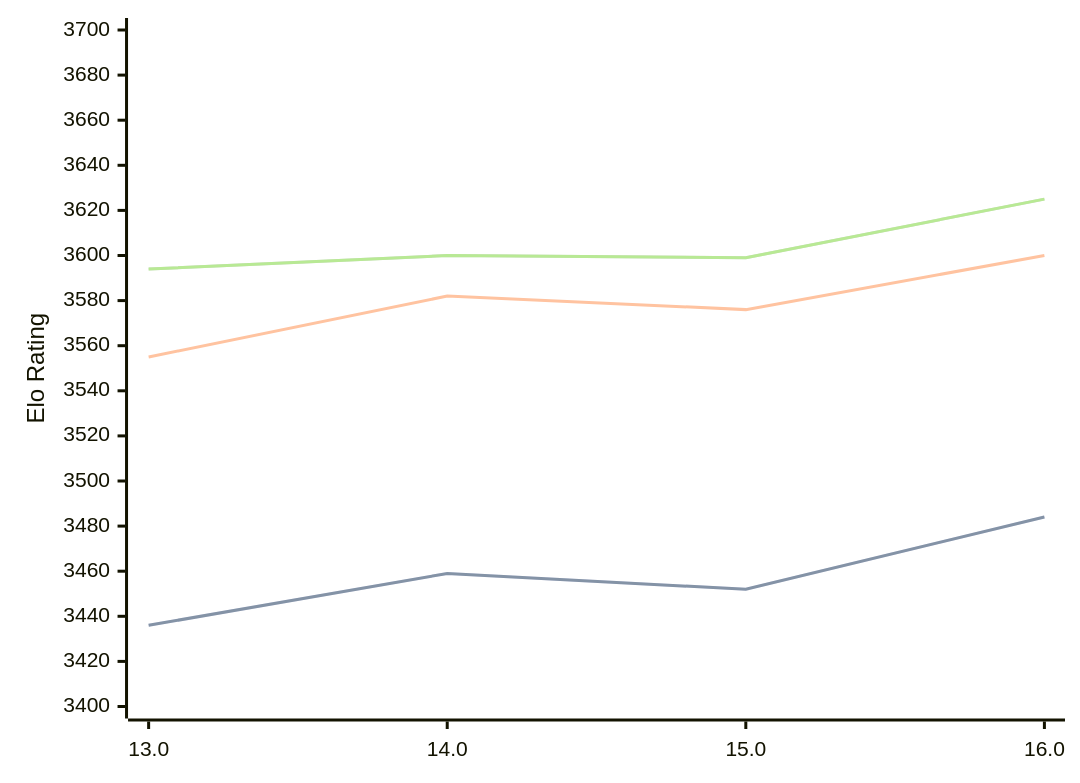
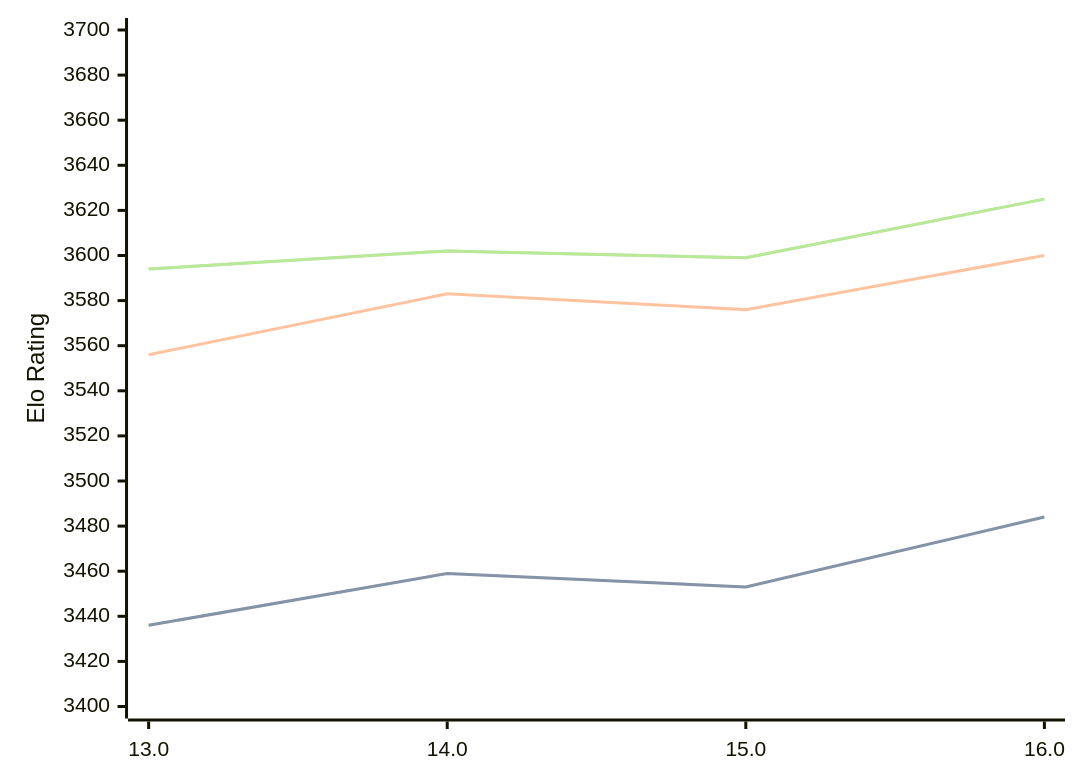
One commit to computer-chess-index/cci changed the diagram in engines/Obsidian.md. Above: the diagram before and after it, drawn with Mermaid. The commit also changed other lines of this file, not shown here.

Commit message:
Update CCI Ratings (ELO VLTC) - 2026-02-26

````diff
--- a/engines/Obsidian.md
+++ b/engines/Obsidian.md
@@ -41,11 +41,11 @@
 ```mermaid
 %%{init: {"theme":"base","themeVariables":{"seriesColors:['#a3a3a3','#222221','#faa371']}}}%%
 xychart-beta
   x-axis ["13.0", "14.0", "15.0", "16.0"]
   y-axis "Elo Rating" 3400 --> 3700
-  line "STC (8.0+0.08s)" [3436, 3459, 3452, 3484]
-  line "STC (8.0+0.08s)" [3436, 3459, 3452, 3484]
-  line "LTC (60.0+0.60s)" [3555, 3582, 3576, 3600]
-  line "VLTC (2m24s+1.12s)" [3594, 3600, 3599, 3625]
-  line "VLTC (2m24s+1.12s)" [3594, 3600, 3599, 3625]
+  line "STC (8.0+0.08s)" [3436, 3459, 3453, 3484]
+  line "STC (8.0+0.08s)" [3436, 3459, 3453, 3484]
+  line "LTC (60.0+0.60s)" [3556, 3583, 3576, 3600]
+  line "VLTC (2m24s+1.12s)" [3594, 3602, 3599, 3625]
+  line "VLTC (2m24s+1.12s)" [3594, 3602, 3599, 3625]
 ```
````
